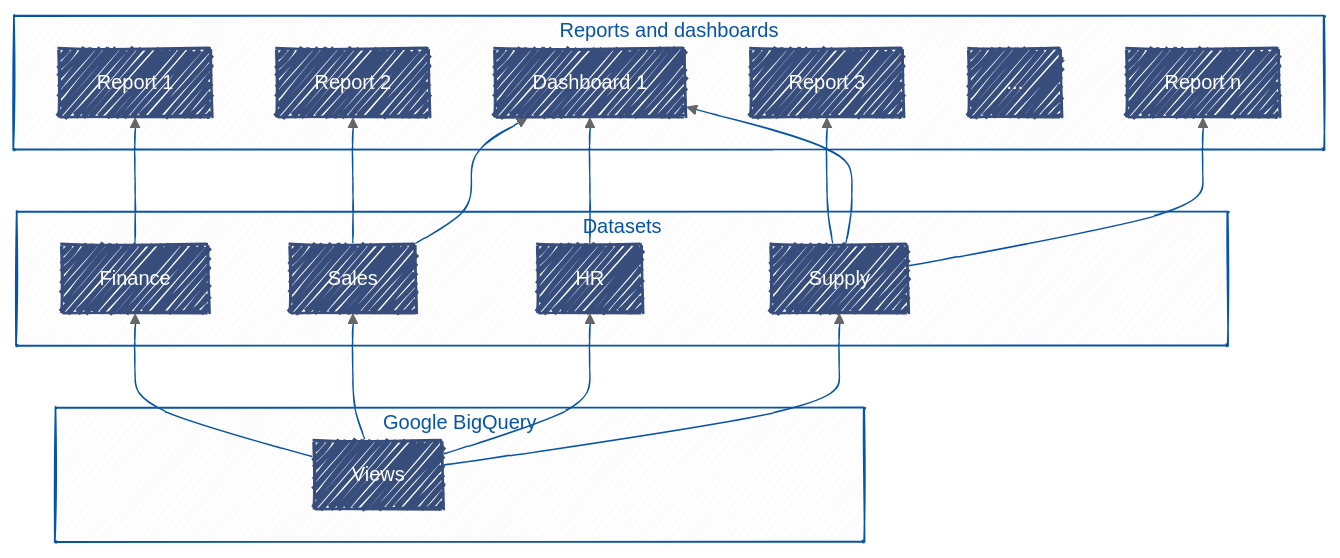
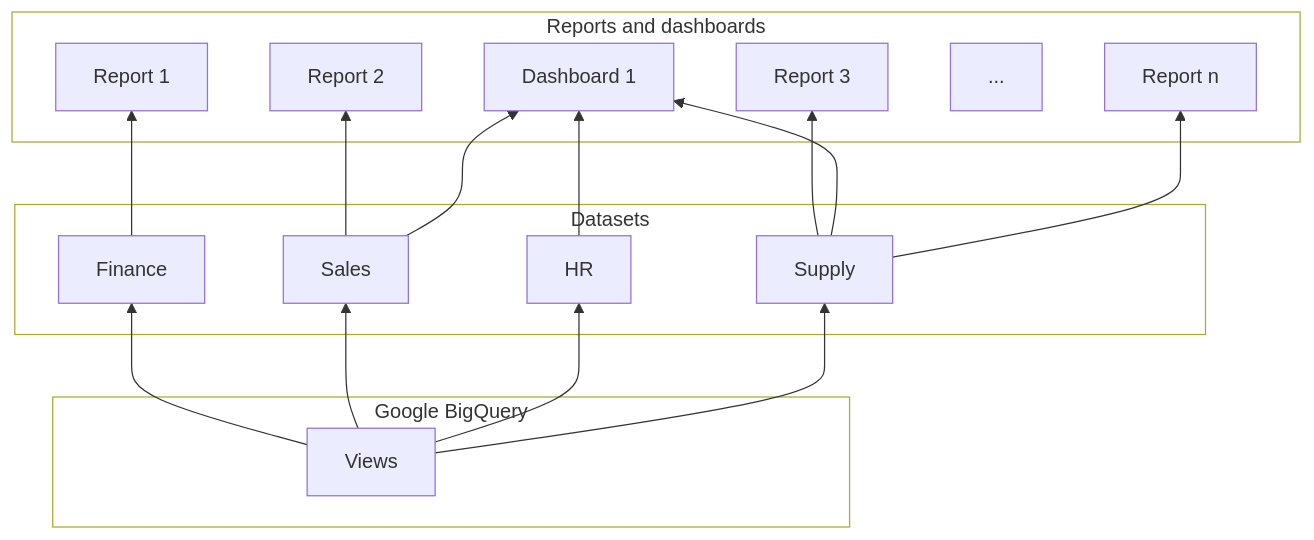
Before and after one commit to AxesAccess/Blog: the diagram in posts/20250106-bi-flowchart/diagrams/powerbi.mmd, drawn with Mermaid. The commit also changed 9 other files, not shown here.

Commit message:
Change flowcharts style in 20250106 post

```diff
--- a/posts/20250106-bi-flowchart/diagrams/powerbi.mmd
+++ b/posts/20250106-bi-flowchart/diagrams/powerbi.mmd
@@ -1,54 +1,31 @@
 ---
 config:
-  look: handDrawn
-  theme: neutral
+  theme: default
+  look: classic
 ---
 flowchart BT
  subgraph s3["Datasets"]
         n22["Sales"]
         n23["Supply"]
         n24["Finance"]
         n25["HR"]
   end
  subgraph s4["Reports and dashboards"]
         n26["Report 2"]
         n27["Report 3"]
         n29["Report 1"]
         n40["Dashboard 1"]
         n42["..."]
         n41["Report n"]
   end
  subgraph s5["Google BigQuery"]
         n51["Views"]
   end
     n51 --> n24 & n22 & n25 & n23
     n22 --> n26 & n40
     n23 --> n27 & n40 & n41
     n24 --> n29
     n25 --> n40
-     n22:::Blueprint
-     n23:::Blueprint
-     n24:::Blueprint
-     n25:::Blueprint
-     n26:::Blueprint
-     n27:::Blueprint
-     n29:::Blueprint
-     n40:::Blueprint
-     n42:::Blueprint
-     n41:::Blueprint
-     n51:::Blueprint
-    classDef Blueprint stroke-width:2px, stroke-dasharray:none, stroke:#374D7C, fill:0754a6, color:#ffffff
-    style s3 stroke:#0754a6,color:#0754a6
-    style s5 stroke:#0754a6,color:#0754a6
-    style s4 stroke:#0754a6,color:#0754a6
-    linkStyle 0 stroke:#0754a6,fill:none
-    linkStyle 1 stroke:#0754a6,fill:none
-    linkStyle 2 stroke:#0754a6,fill:none
-    linkStyle 3 stroke:#0754a6,fill:none
-    linkStyle 4 stroke:#0754a6,fill:none
-    linkStyle 5 stroke:#0754a6,fill:none
-    linkStyle 6 stroke:#0754a6,fill:none
-    linkStyle 7 stroke:#0754a6,fill:none
-    linkStyle 8 stroke:#0754a6,fill:none
-    linkStyle 9 stroke:#0754a6,fill:none
-    linkStyle 10 stroke:#0754a6,fill:none
+    style s3 fill:transparent
+    style s4 fill:transparent
+    style s5 fill:transparent
```
